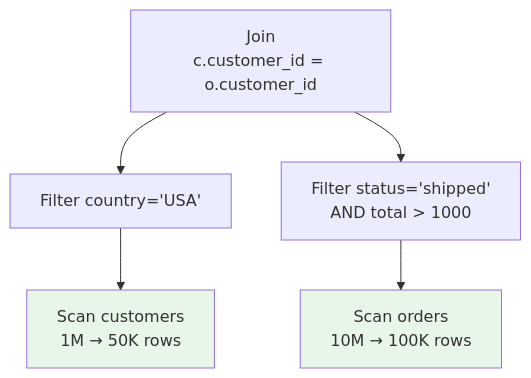
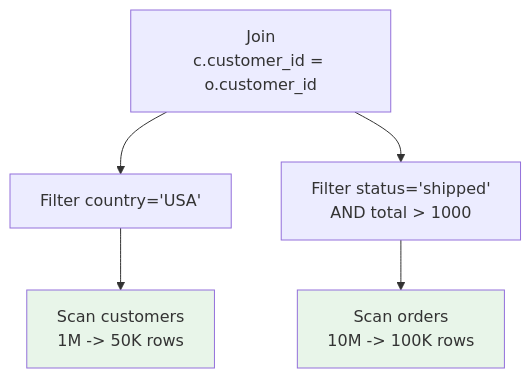
The second of 2 diagrams in docs/examples/predicate-pushdown.md (gburd/ra), drawn with Mermaid before and after one commit. The commit also changed 278 other files, not shown here.

````diff
--- a/docs/examples/predicate-pushdown.md
+++ b/docs/examples/predicate-pushdown.md
@@ -35,10 +35,10 @@
 ```mermaid
 graph TD
     Join["Join<br/>c.customer_id = o.customer_id"] --> FC["Filter country='USA'"]
     Join --> FO["Filter status='shipped'<br/>AND total > 1000"]
-    FC --> ScanC["Scan customers<br/>1M → 50K rows"]
-    FO --> ScanO["Scan orders<br/>10M → 100K rows"]
+    FC --> ScanC["Scan customers<br/>1M -> 50K rows"]
+    FO --> ScanO["Scan orders<br/>10M -> 100K rows"]
 
     style ScanC fill:#e8f5e9
     style ScanO fill:#e8f5e9
 ```
````
